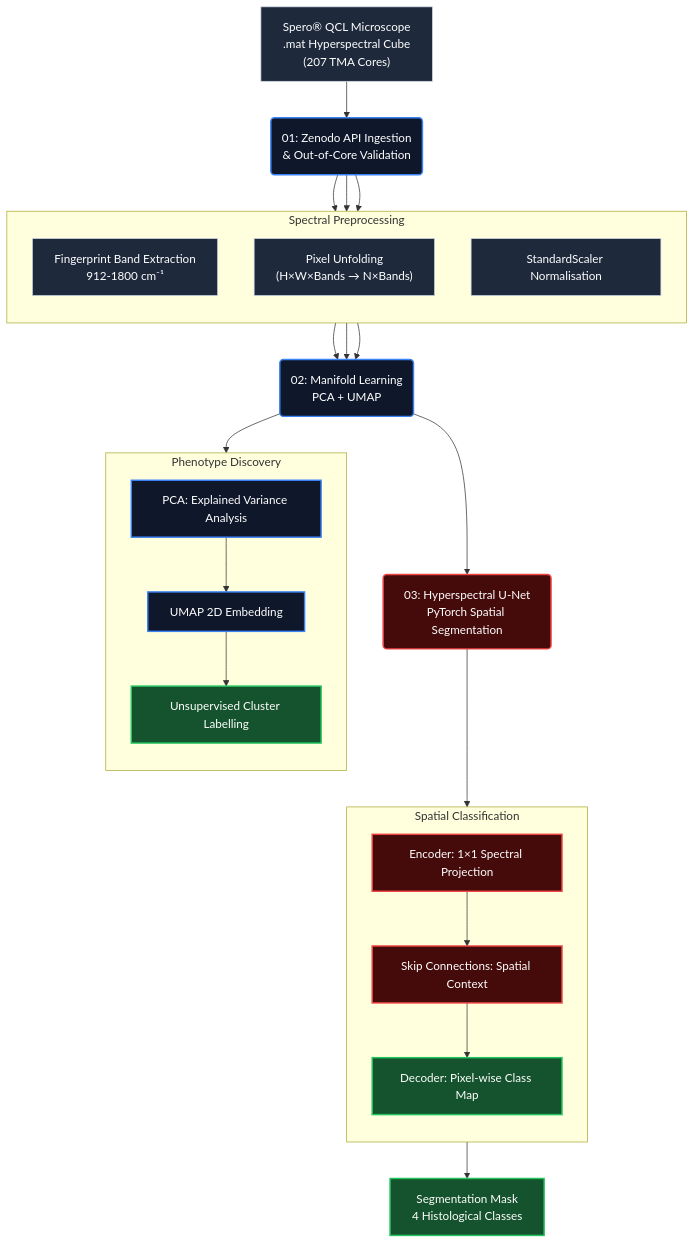
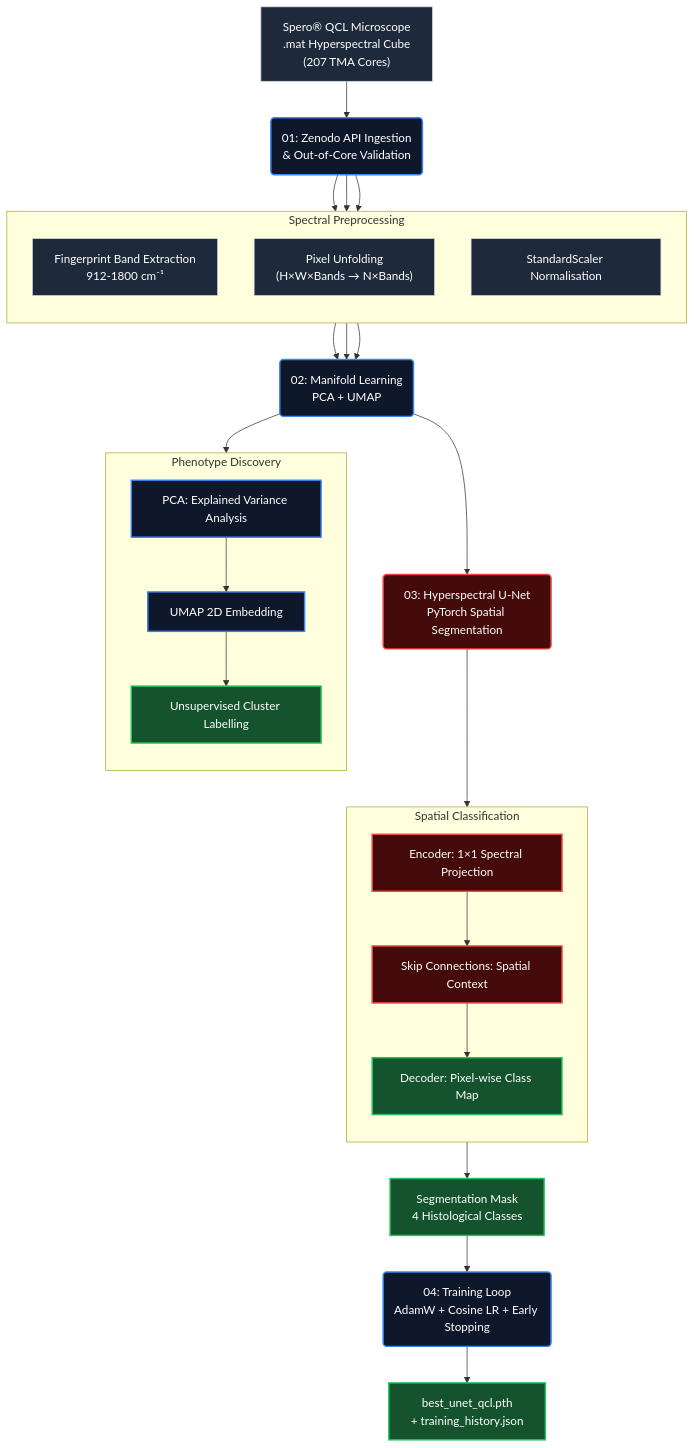
Before and after one commit to alexdbatista/qcl-breast-cancer-diagnostics: the diagram in README.md, drawn with Mermaid. The commit also changed other lines of this file and 2 other files, not shown here.

Commit message:
feat: add full training loop, Dice+CE loss, patch dataset, IoU/Dice metrics

````diff
--- a/README.md
+++ b/README.md
@@ -43,39 +43,41 @@
 ```mermaid
 flowchart TD
     classDef data fill:#1e293b,stroke:#cbd5e1,stroke-width:1px,color:#fff
     classDef process fill:#0f172a,stroke:#3b82f6,stroke-width:2px,color:#fff
     classDef model fill:#450a0a,stroke:#ef4444,stroke-width:2px,color:#fff
     classDef output fill:#14532d,stroke:#22c55e,stroke-width:2px,color:#fff
 
     A["Spero® QCL Microscope\n.mat Hyperspectral Cube\n(207 TMA Cores)"]:::data --> B("01: Zenodo API Ingestion\n& Out-of-Core Validation"):::process
 
     subgraph Spectral Preprocessing
         direction TB
         B1["Fingerprint Band Extraction\n912-1800 cm⁻¹"]:::data
         B2["Pixel Unfolding\n(H×W×Bands → N×Bands)"]:::data
         B3["StandardScaler Normalisation"]:::data
     end
     B --> B1 & B2 & B3
 
     B1 & B2 & B3 --> C("02: Manifold Learning\nPCA + UMAP"):::process
 
     subgraph Phenotype Discovery
         direction TB
         C1["PCA: Explained Variance Analysis"]:::process
         C2["UMAP 2D Embedding"]:::process
         C3["Unsupervised Cluster Labelling"]:::output
     end
     C --> C1 --> C2 --> C3
 
     C --> D("03: Hyperspectral U-Net\nPyTorch Spatial Segmentation"):::model
 
     subgraph Spatial Classification
         direction TB
         D1["Encoder: 1×1 Spectral Projection"]:::model
         D2["Skip Connections: Spatial Context"]:::model
         D3["Decoder: Pixel-wise Class Map"]:::output
     end
     D --> D1 --> D2 --> D3
 
     D3 --> E["Segmentation Mask\n4 Histological Classes"]:::output
+    E --> F("04: Training Loop\nAdamW + Cosine LR + Early Stopping"):::process
+    F --> G["best_unet_qcl.pth\n+ training_history.json"]:::output
 ```
````
